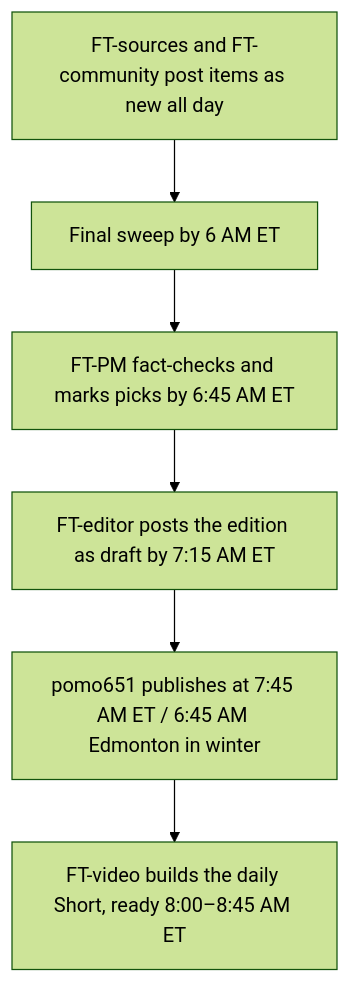
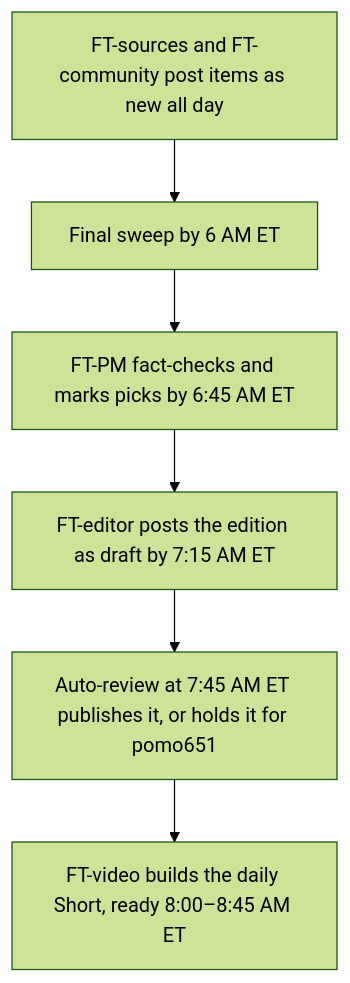
One commit to pomo651/prop-firm-newsletter changed the diagram in README.md. Above: the diagram before and after it, drawn with Mermaid (forest theme). The commit also changed other lines of this file and 11 other files, not shown here.

First line of the commit message:
Daily auto-review + publish at 7:45 AM ET (delegated by pomo651)

````diff
--- a/README.md
+++ b/README.md
@@ -14,8 +14,8 @@
 ```mermaid
 flowchart TD
   A[FT-sources and FT-community post items as new all day] --> B[Final sweep by 6 AM ET]
   B --> C[FT-PM fact-checks and marks picks by 6:45 AM ET]
   C --> D[FT-editor posts the edition as draft by 7:15 AM ET]
-  D --> E[pomo651 publishes at 7:45 AM ET / 6:45 AM Edmonton in winter]
+  D --> E[Auto-review at 7:45 AM ET publishes it, or holds it for pomo651]
   E --> F[FT-video builds the daily Short, ready 8:00–8:45 AM ET]
 ```
````
